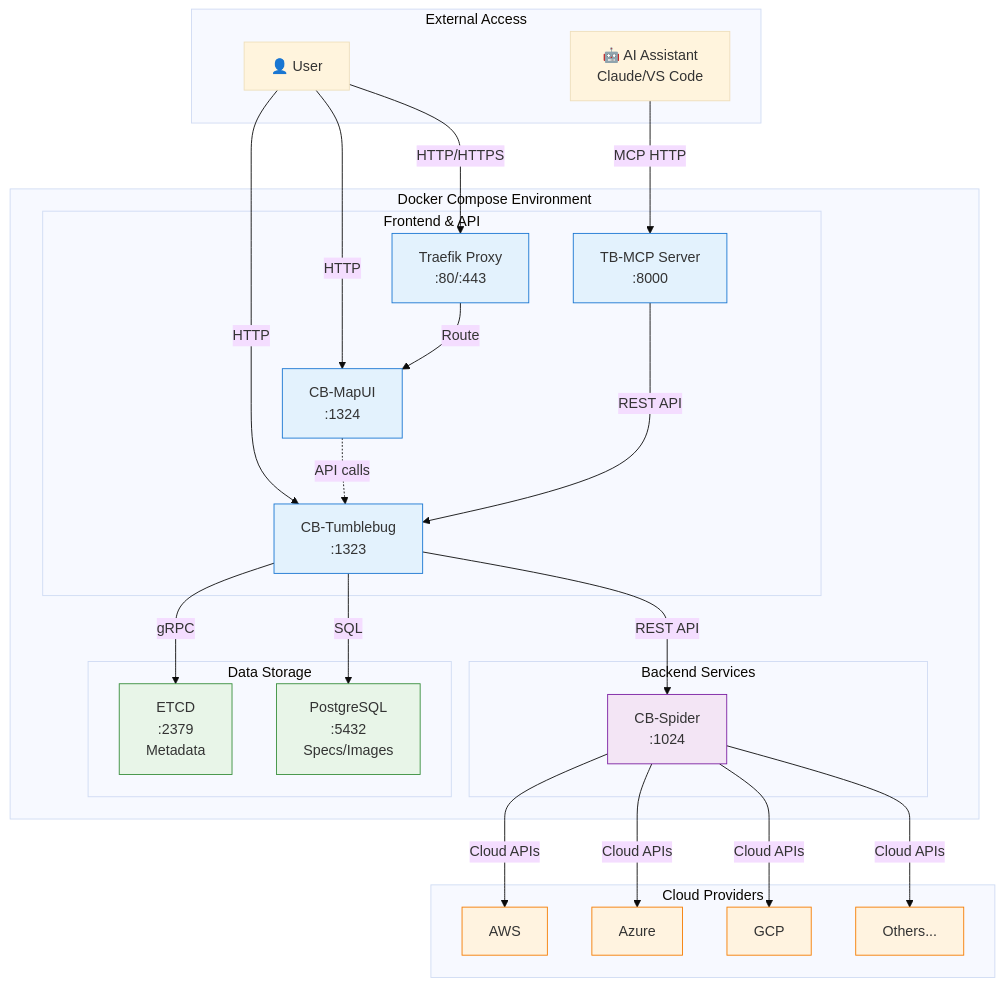
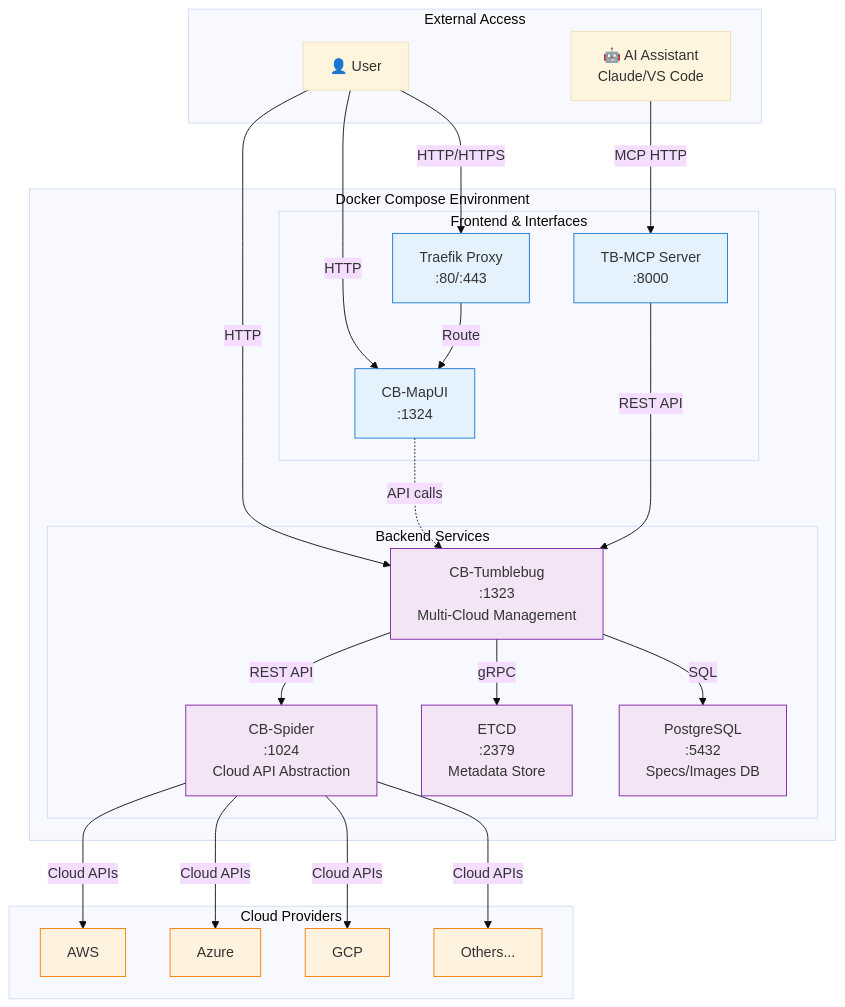
Before and after one commit to cloud-barista/cb-tumblebug: the diagram in README.md, drawn with Mermaid (base theme).

Commit message:
Enhance architecture diagrem

````diff
--- a/README.md
+++ b/README.md
@@ -230,65 +230,61 @@
   ```mermaid
   graph TB
       subgraph "External Access"
           User[👤 User]
           AI[🤖 AI Assistant<br/>Claude/VS Code]
       end
       
       subgraph "Docker Compose Environment"
-          subgraph "Frontend & API"
-              TB[CB-Tumblebug<br/>:1323]
+          subgraph "Frontend & Interfaces"
               UI[CB-MapUI<br/>:1324]
               MCP[TB-MCP Server<br/>:8000]
               Proxy[Traefik Proxy<br/>:80/:443]
           end
           
           subgraph "Backend Services"
-              Spider[CB-Spider<br/>:1024]
-          end
-          
-          subgraph "Data Storage"
-              ETCD[ETCD<br/>:2379<br/>Metadata]
-              PG[PostgreSQL<br/>:5432<br/>Specs/Images]
+              TB[CB-Tumblebug<br/>:1323<br/>Multi-Cloud Management]
+              Spider[CB-Spider<br/>:1024<br/>Cloud API Abstraction]
+              ETCD[ETCD<br/>:2379<br/>Metadata Store]
+              PG[PostgreSQL<br/>:5432<br/>Specs/Images DB]
           end
       end
       
       subgraph "Cloud Providers"
           AWS[AWS]
           Azure[Azure] 
           GCP[GCP]
           Others[Others...]
       end
       
       %% User connections
       User -->|HTTP/HTTPS| Proxy
       User -->|HTTP| UI
       User -->|HTTP| TB
       AI -->|MCP HTTP| MCP
       
       %% Proxy routing
       Proxy -->|Route| UI
       
       %% Internal service connections
       UI -.->|API calls| TB
       MCP -->|REST API| TB
       TB -->|REST API| Spider
       TB -->|gRPC| ETCD
       TB -->|SQL| PG
       
       %% Cloud connections
       Spider -->|Cloud APIs| AWS
       Spider -->|Cloud APIs| Azure
       Spider -->|Cloud APIs| GCP
       Spider -->|Cloud APIs| Others
       
       %% Styling
       classDef frontend fill:#e3f2fd,stroke:#1976d2
       classDef backend fill:#f3e5f5,stroke:#7b1fa2
       classDef storage fill:#e8f5e8,stroke:#388e3c
       classDef cloud fill:#fff3e0,stroke:#f57c00
       
-      class TB,UI,MCP,Proxy frontend
-      class Spider backend
-      class ETCD,PG storage
+      class UI,MCP,Proxy frontend
+      class TB,Spider,ETCD,PG backend
       class AWS,Azure,GCP,Others cloud
   ```
````
